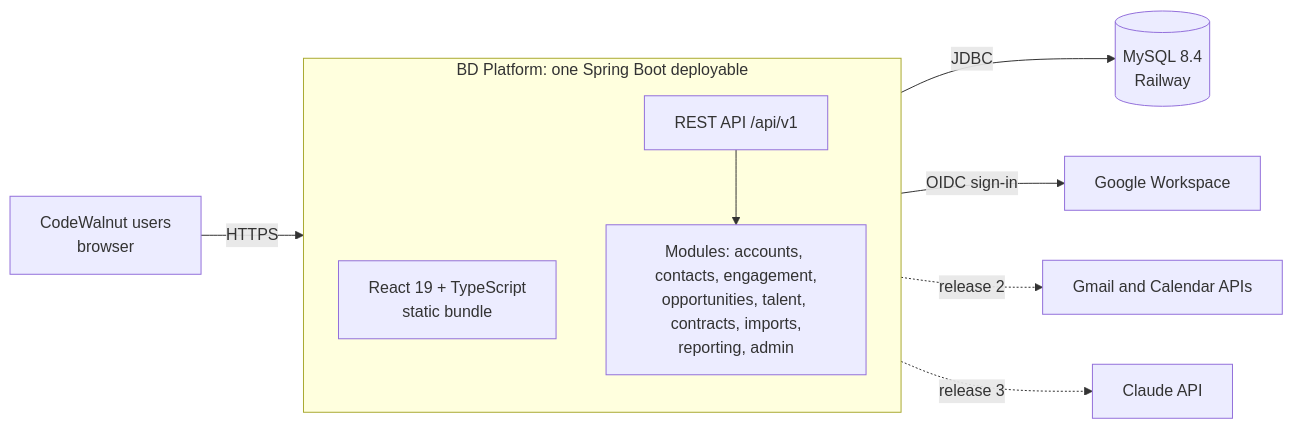
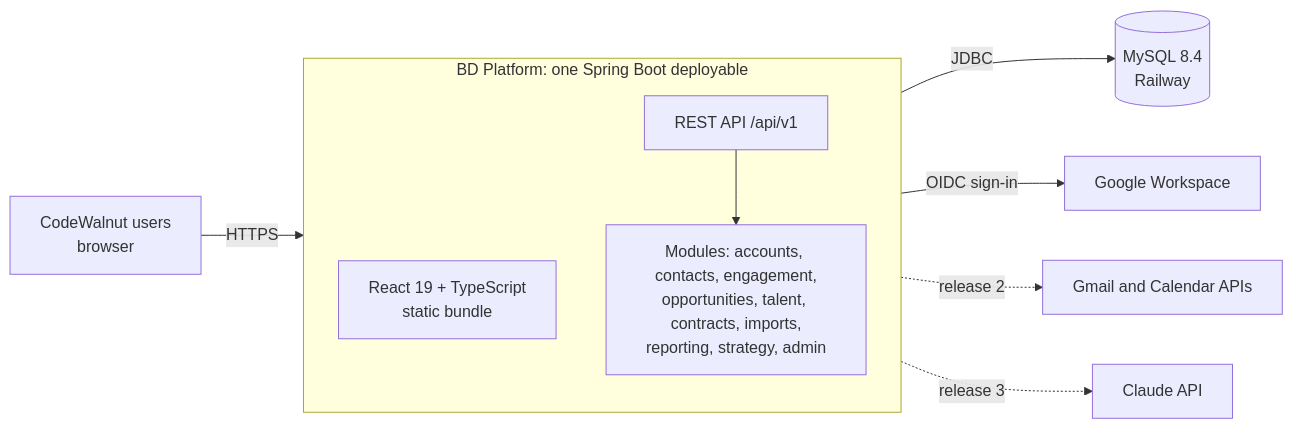
The diagram in docs/architecture/overview.md (achalla-ramakrishna/bd-platform), drawn with Mermaid before and after one commit. The commit also changed other lines of this file and 13 other files, not shown here.

````diff
--- a/docs/architecture/overview.md
+++ b/docs/architecture/overview.md
@@ -11,14 +11,14 @@
 ```mermaid
 flowchart LR
     U[CodeWalnut users<br/>browser] -->|HTTPS| APP
     subgraph APP[BD Platform: one Spring Boot deployable]
         UI[React 19 + TypeScript<br/>static bundle]
         API[REST API /api/v1]
-        MODS[Modules: accounts, contacts, engagement,<br/>opportunities, talent, contracts, imports,<br/>reporting, admin]
+        MODS[Modules: accounts, contacts, engagement,<br/>opportunities, talent, contracts, imports,<br/>reporting, strategy, admin]
         API --> MODS
     end
     APP -->|JDBC| DB[(MySQL 8.4<br/>Railway)]
     APP -->|OIDC sign-in| G[Google Workspace]
     APP -.->|release 2| GM[Gmail and Calendar APIs]
     APP -.->|release 3| AI[Claude API]
 ```
````
